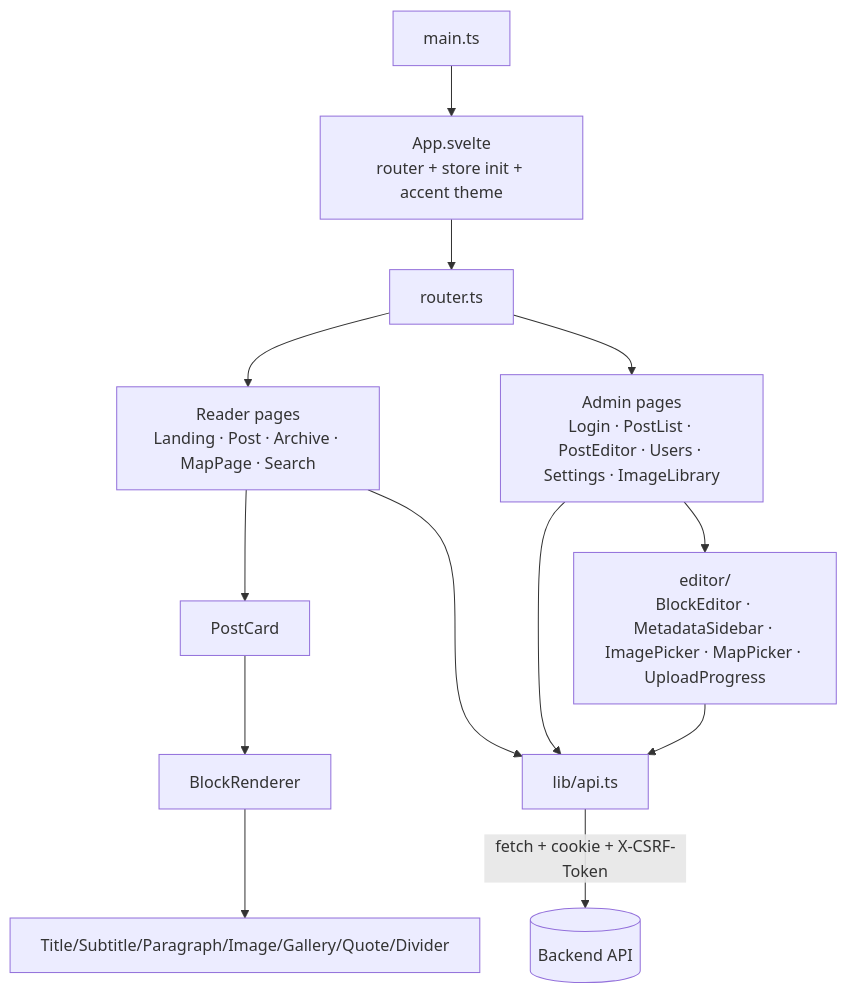
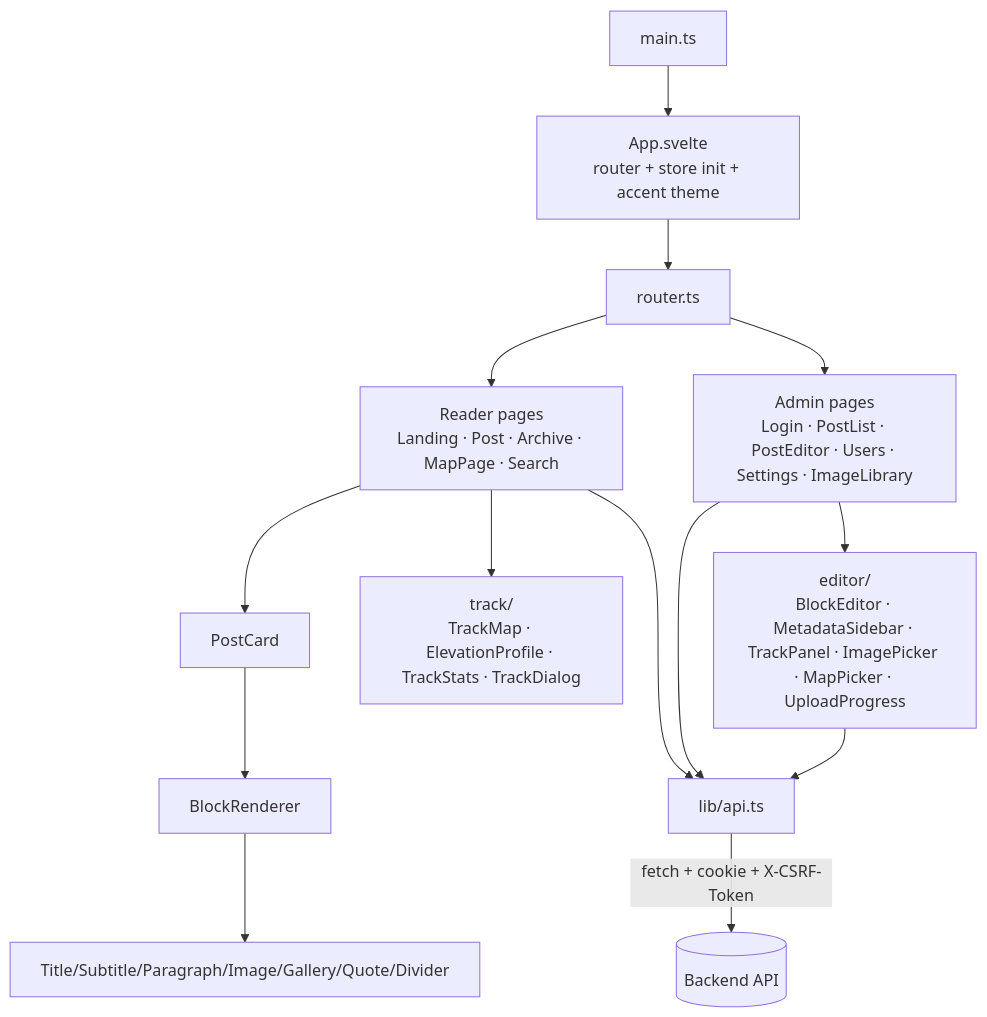
Before and after one commit to khaddAle/SimpleTravelBlog: the fifth of 5 diagrams in docs/architecture.md, drawn with Mermaid. The commit also changed other lines of this file and 3 other files, not shown here.

````diff
--- a/docs/architecture.md
+++ b/docs/architecture.md
@@ -212,13 +240,14 @@
 ```mermaid
 flowchart TD
   MAIN[main.ts] --> APP[App.svelte<br/>router + store init + accent theme]
   APP --> ROUTER[router.ts]
   ROUTER --> READER[Reader pages<br/>Landing · Post · Archive · MapPage · Search]
   ROUTER --> ADMIN[Admin pages<br/>Login · PostList · PostEditor · Users · Settings · ImageLibrary]
   READER --> CARD[PostCard] --> BR[BlockRenderer]
+  READER --> TRACK[track/<br/>TrackMap · ElevationProfile · TrackStats · TrackDialog]
   BR --> BLOCKS[Title/Subtitle/Paragraph/Image/Gallery/Quote/Divider]
-  ADMIN --> ED[editor/<br/>BlockEditor · MetadataSidebar · ImagePicker · MapPicker · UploadProgress]
+  ADMIN --> ED[editor/<br/>BlockEditor · MetadataSidebar · TrackPanel · ImagePicker · MapPicker · UploadProgress]
   READER & ADMIN --> API[lib/api.ts]
   ED --> API
   API -->|fetch + cookie + X-CSRF-Token| BE[(Backend API)]
 ```
````
